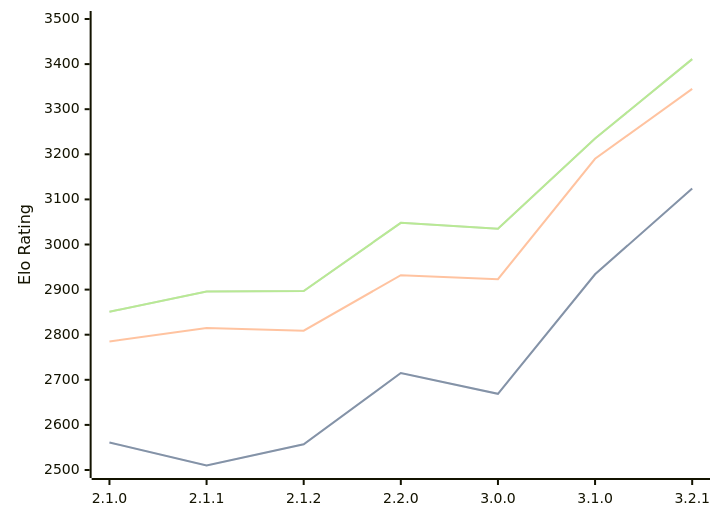
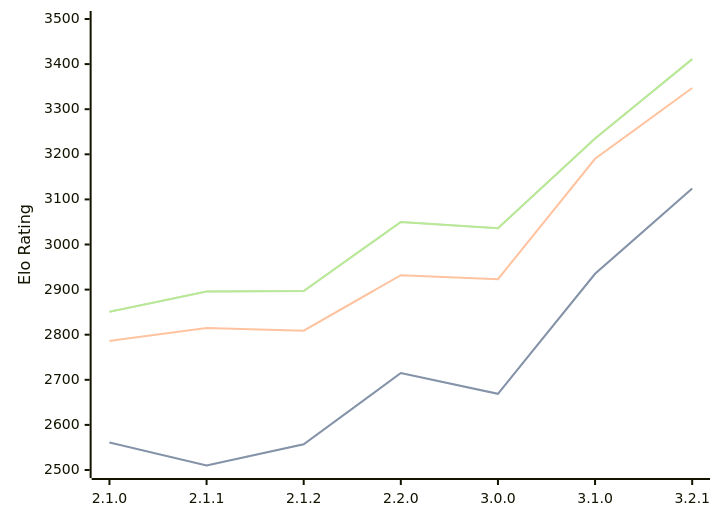
One commit to computer-chess-index/cci changed the diagram in engines/Prune.md. Above: the diagram before and after it, drawn with Mermaid. The commit also changed other lines of this file, not shown here.

Commit message:
Update CCI Ratings (ELO VLTC) - 2026-04-10

````diff
--- a/engines/Prune.md
+++ b/engines/Prune.md
@@ -42,11 +42,11 @@
 ```mermaid
 %%{init: {"theme":"base","themeVariables":{"seriesColors:['#a3a3a3','#222221','#faa371']}}}%%
 xychart-beta
   x-axis ["2.1.0", "2.1.1", "2.1.2", "2.2.0", "3.0.0", "3.1.0", "3.2.1"]
   y-axis "Elo Rating" 2500 --> 3500
-  line "STC (8.0+0.08s)" [2561, 2510, 2557, 2715, 2669, 2934, 3124]
-  line "STC (8.0+0.08s)" [2561, 2510, 2557, 2715, 2669, 2934, 3124]
-  line "LTC (60.0+0.60s)" [2785, 2815, 2809, 2932, 2923, 3190, 3345]
-  line "VLTC (2m24s+1.12s)" [2851, 2896, 2897, 3048, 3035, 3235, 3411]
-  line "VLTC (2m24s+1.12s)" [2851, 2896, 2897, 3048, 3035, 3235, 3411]
+  line "STC (8.0+0.08s)" [2561, 2510, 2557, 2715, 2669, 2935, 3124]
+  line "STC (8.0+0.08s)" [2561, 2510, 2557, 2715, 2669, 2935, 3124]
+  line "LTC (60.0+0.60s)" [2786, 2815, 2809, 2932, 2923, 3190, 3347]
+  line "VLTC (2m24s+1.12s)" [2851, 2896, 2897, 3050, 3036, 3235, 3411]
+  line "VLTC (2m24s+1.12s)" [2851, 2896, 2897, 3050, 3036, 3235, 3411]
 ```
````
